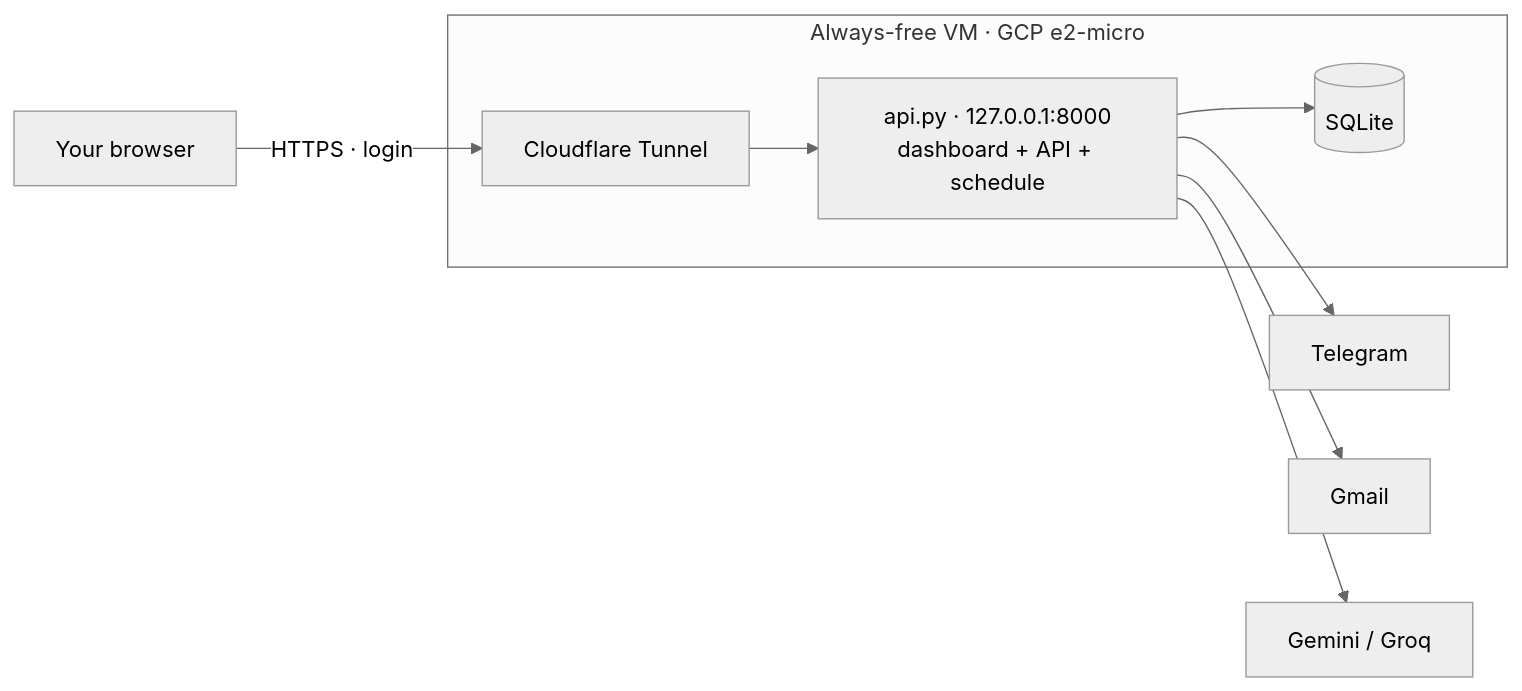
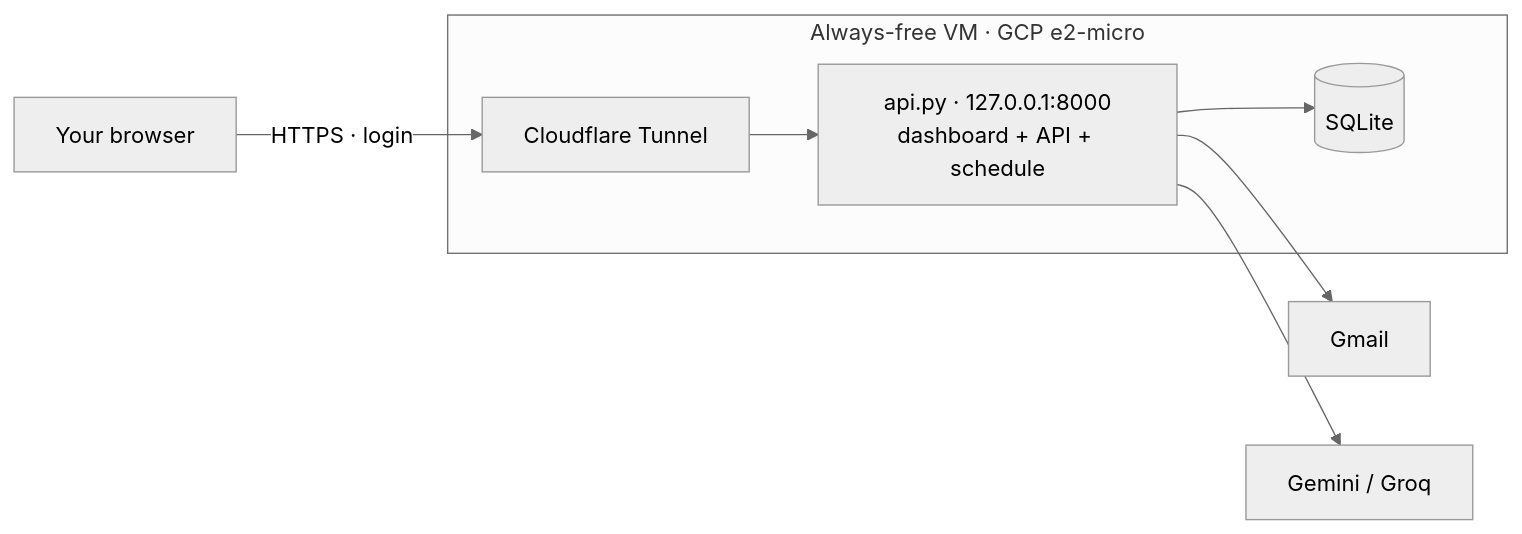
Before and after one commit to alymaklad/saei: the tenth of 10 diagrams in README.md, drawn with Mermaid (neutral theme). The commit also changed other lines of this file and 16 other files, not shown here.

First line of the commit message:
Reports by email instead of Telegram; Gmail sign-in with an App Password

````diff
--- a/README.md
+++ b/README.md
@@ -399,9 +416,9 @@
 ```mermaid
 flowchart LR
     B["Your browser"] -->|"HTTPS · login"| CF["Cloudflare Tunnel"]
     subgraph VM["Always-free VM · GCP e2-micro"]
         CF --> API["api.py · 127.0.0.1:8000<br/>dashboard + API + schedule"]
         API --> DB[("SQLite")]
     end
-    API --> TG["Telegram"] & GM["Gmail"] & LLM["Gemini / Groq"]
+    API --> GM["Gmail"] & LLM["Gemini / Groq"]
 ```
````
